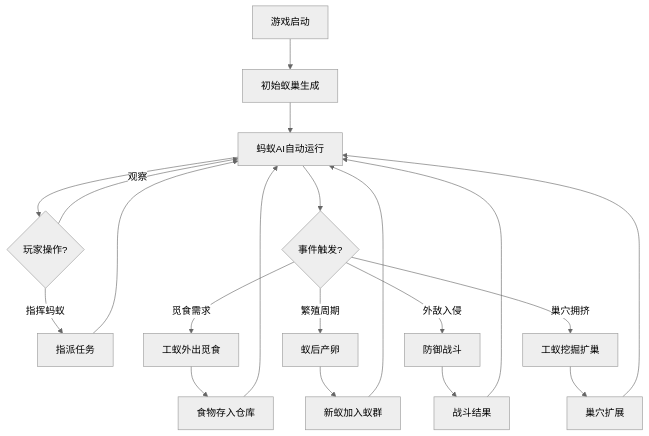
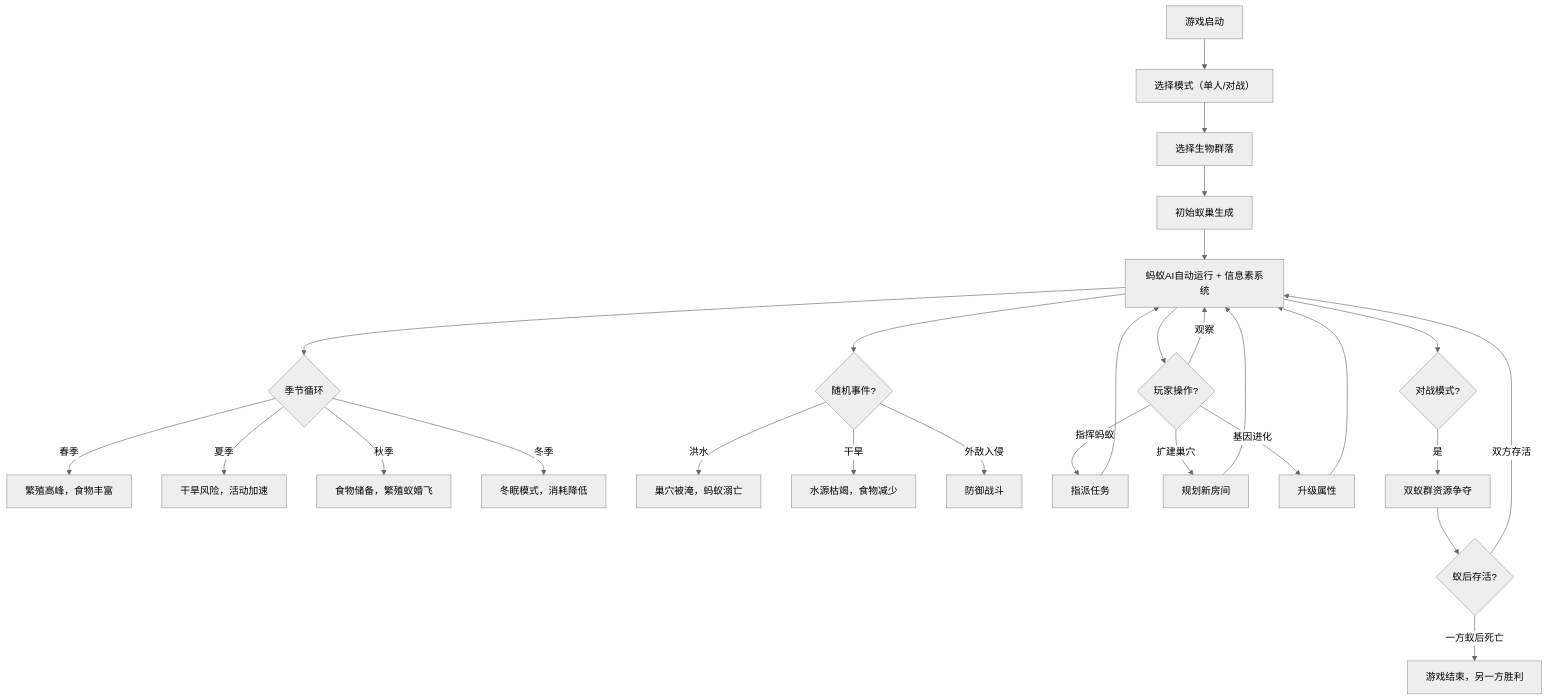
Before and after one commit to zhuiqiuqiji/0602-2487: the diagram in .trae/documents/prd.md, drawn with Mermaid (neutral theme). The commit also changed other lines of this file and 23 other files, not shown here.

````diff
--- a/.trae/documents/prd.md
+++ b/.trae/documents/prd.md
@@ -44,22 +63,29 @@
 ```mermaid
 flowchart TD
-    A["游戏启动"] --> B["初始蚁巢生成"]
-    B --> C["蚂蚁AI自动运行"]
-    C --> D{"玩家操作?"}
-    D -->|"观察"| C
-    D -->|"指挥蚂蚁"| E["指派任务"]
-    E --> C
-    C --> F{"事件触发?"}
-    F -->|"觅食需求"| G["工蚁外出觅食"]
-    F -->|"繁殖周期"| H["蚁后产卵"]
-    F -->|"外敌入侵"| I["防御战斗"]
-    F -->|"巢穴拥挤"| J["工蚁挖掘扩巢"]
-    G --> K["食物存入仓库"]
-    H --> L["新蚁加入蚁群"]
-    I --> M["战斗结果"]
-    J --> N["巢穴扩展"]
-    K --> C
-    L --> C
-    M --> C
-    N --> C
+    A["游戏启动"] --> B["选择模式（单人/对战）"]
+    B --> C["选择生物群落"]
+    C --> D["初始蚁巢生成"]
+    D --> E["蚂蚁AI自动运行 + 信息素系统"]
+    E --> F{"季节循环"}
+    F -->|"春季"| G["繁殖高峰，食物丰富"]
+    F -->|"夏季"| H["干旱风险，活动加速"]
+    F -->|"秋季"| I["食物储备，繁殖蚁婚飞"]
+    F -->|"冬季"| J["冬眠模式，消耗降低"]
+    E --> K{"随机事件?"}
+    K -->|"洪水"| L["巢穴被淹，蚂蚁溺亡"]
+    K -->|"干旱"| M["水源枯竭，食物减少"]
+    K -->|"外敌入侵"| N["防御战斗"]
+    E --> O{"玩家操作?"}
+    O -->|"观察"| E
+    O -->|"指挥蚂蚁"| P["指派任务"]
+    O -->|"扩建巢穴"| Q["规划新房间"]
+    O -->|"基因进化"| R["升级属性"]
+    P --> E
+    Q --> E
+    R --> E
+    E --> S{"对战模式?"}
+    S -->|"是"| T["双蚁群资源争夺"]
+    T --> U{"蚁后存活?"}
+    U -->|"一方蚁后死亡"| V["游戏结束，另一方胜利"]
+    U -->|"双方存活"| E
 ```
````
